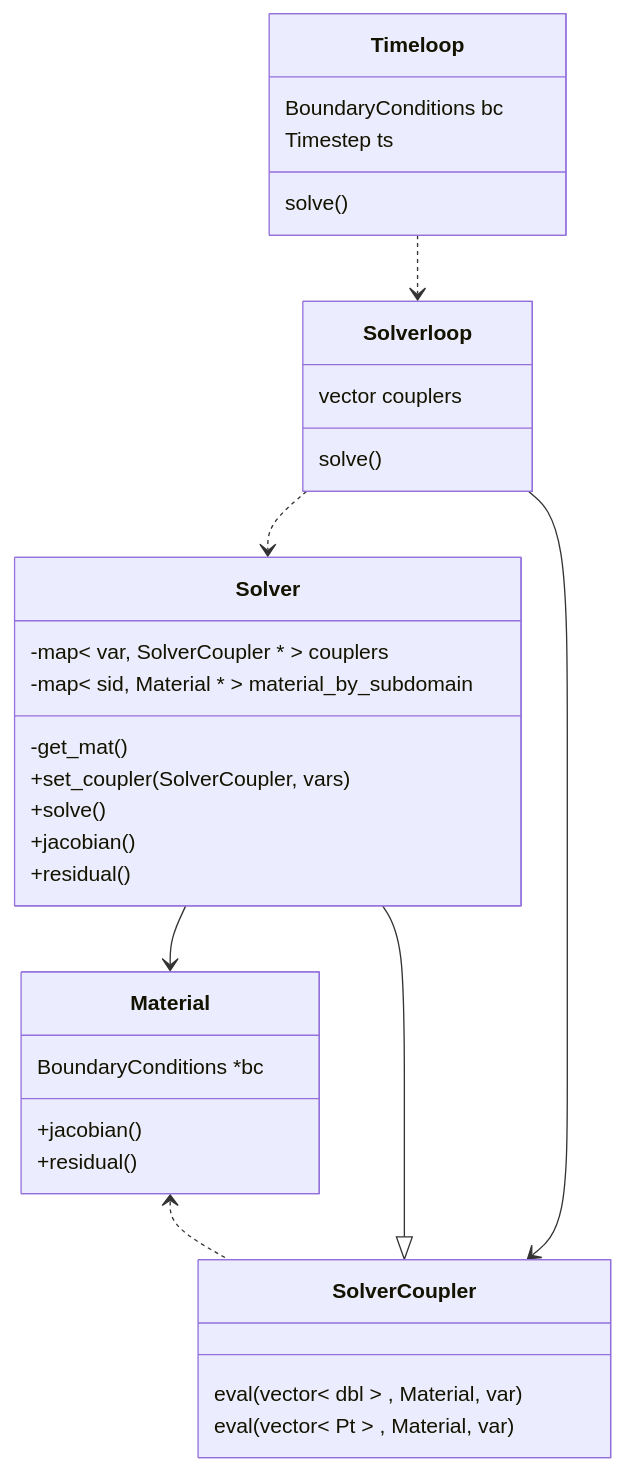
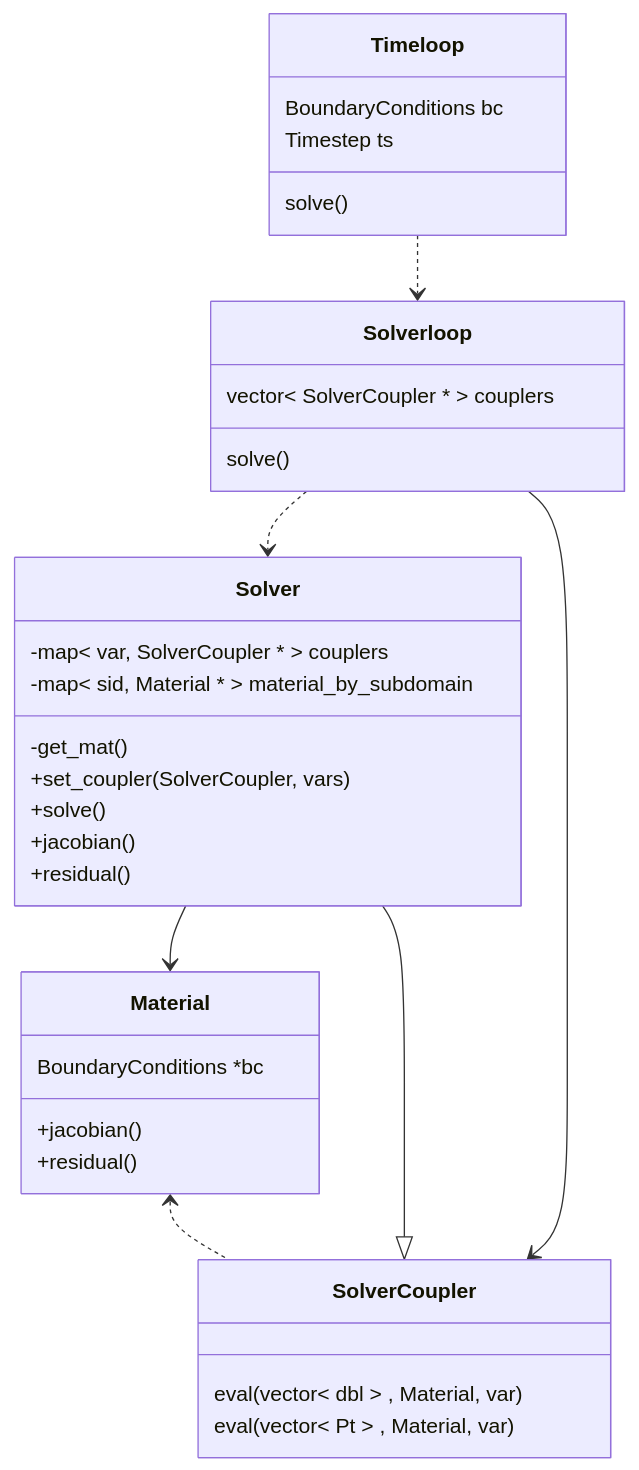
One commit to rebpoli/harpy changed the first of 2 diagrams in doc/Description.md. Above: the diagram before and after it, drawn with Mermaid.

````diff
--- a/doc/Description.md
+++ b/doc/Description.md
@@ -20,44 +20,44 @@
 ```mermaid
 %% Interfaces, abstract classes
 classDiagram
     class Timeloop { 
         BoundaryConditions bc
         Timestep ts
         solve()
     }
 
     class Solverloop {
-        vector<SolverCoupler *> couplers
+        vector< SolverCoupler * > couplers
         solve()
     }
 
     class SolverCoupler {
         eval( vector< dbl > , Material, var )
         eval( vector< Pt >  , Material, var )
     }
 
     class Solver {
         -map< var, SolverCoupler * > couplers
         -map< sid, Material * > material_by_subdomain
         -get_mat()
         +set_coupler(SolverCoupler, vars)
         +solve()
         +jacobian()
         +residual()
     }
 
 
     class Material {
         BoundaryConditions *bc
         +jacobian()
         +residual()
     }
 
     SolverCoupler <|-- Solver
     Material <.. SolverCoupler
     Timeloop ..> Solverloop
     Solverloop ..> Solver
     Solverloop --> SolverCoupler
     Solver --> Material
 
 ```
````
